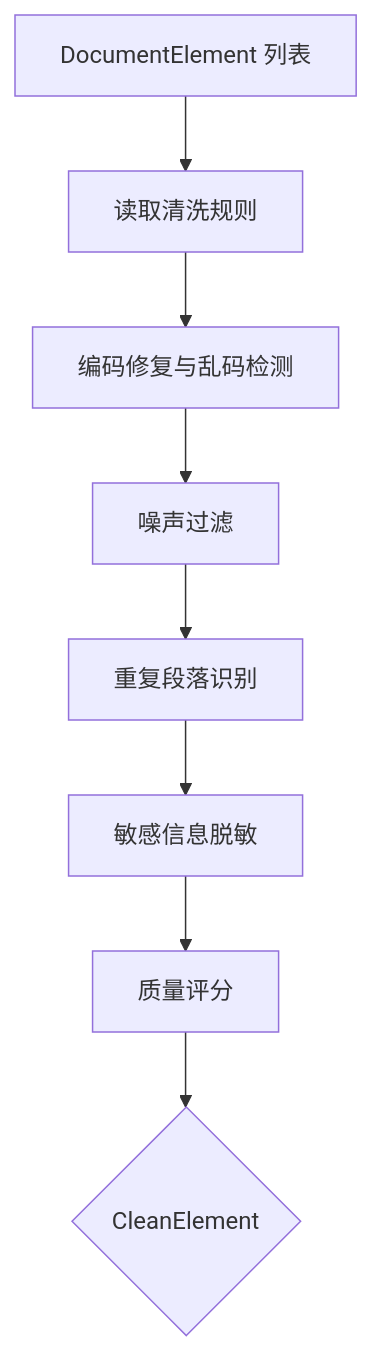
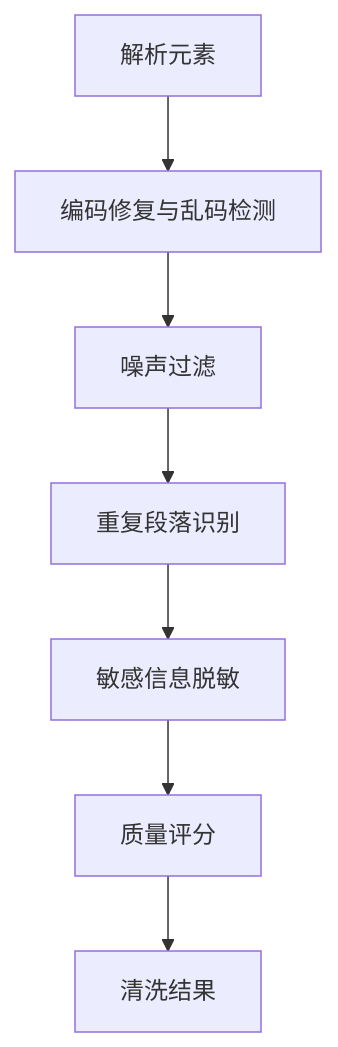
The first of 2 diagrams in docs/04-清洗与切分.md (zhaoyuhanga/ragKnowledgeBase), drawn with Mermaid before and after one commit. The commit also changed other lines of this file and 209 other files, not shown here.

````diff
--- a/docs/04-清洗与切分.md
+++ b/docs/04-清洗与切分.md
@@ -88,10 +88,9 @@
 ```mermaid
 flowchart TD
-    A[DocumentElement 列表] --> B[读取清洗规则]
-    B --> C[编码修复与乱码检测]
-    C --> D[噪声过滤]
-    D --> E[重复段落识别]
-    E --> F[敏感信息脱敏]
-    F --> G[质量评分]
-    G --> H{CleanElement}
+    A[解析元素] --> B[编码修复与乱码检测]
+    B --> C[噪声过滤]
+    C --> D[重复段落识别]
+    D --> E[敏感信息脱敏]
+    E --> F[质量评分]
+    F --> G[清洗结果]
 ```
````
